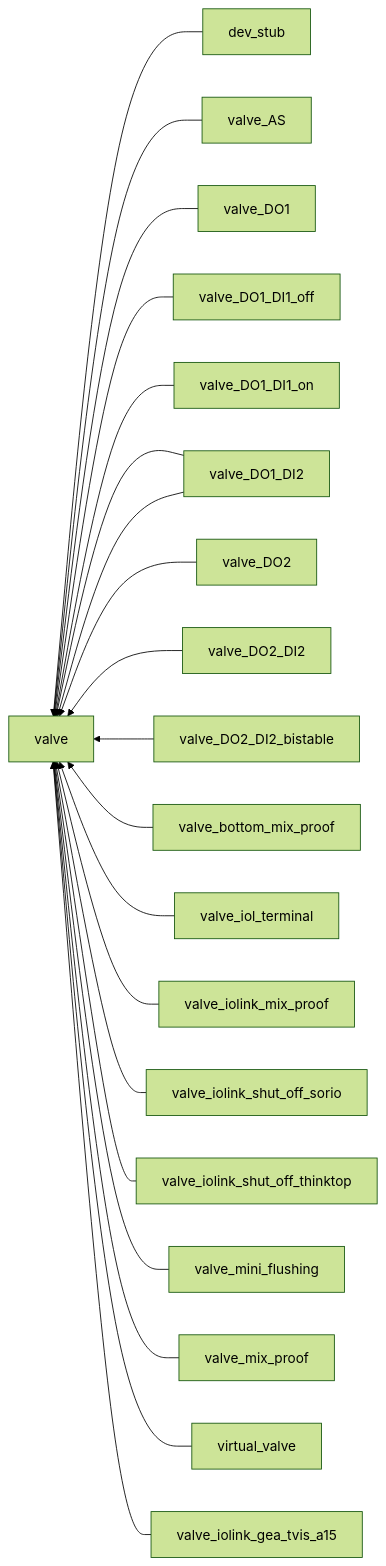
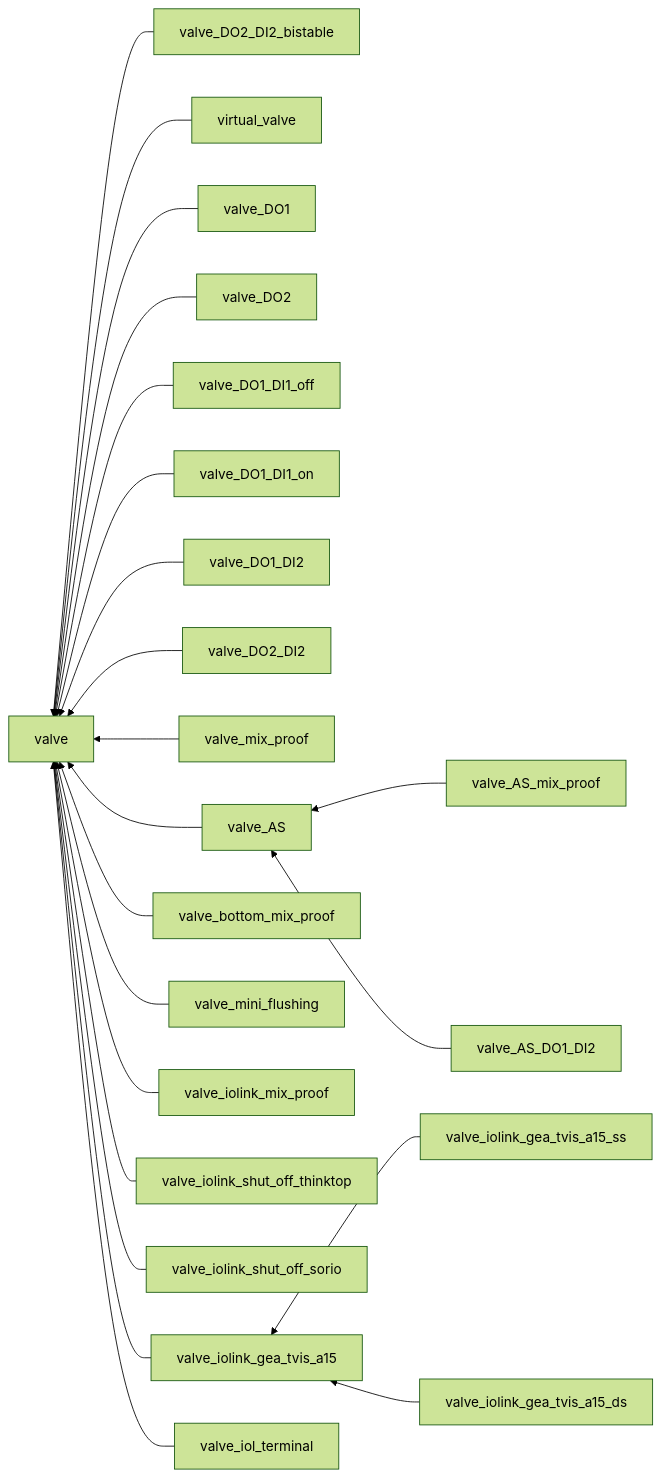
Before and after one commit to savushkin-r-d/ptusa_main: the sixth of 11 diagrams in docs/class_scheme/readme.md, drawn with Mermaid (forest theme). The commit also changed other lines of this file, not shown here.

Commit message:
Final schemas update

````diff
--- a/docs/class_scheme/readme.md
+++ b/docs/class_scheme/readme.md
@@ -65,22 +78,24 @@
 ```mermaid
 flowchart RL
-    dev_stub[dev_stub]-->valve
-    valve_AS[valve_AS]-->valve
-    valve_DO1[valve_DO1]-->valve
-    valve_DO1_DI1_off[valve_DO1_DI1_off]-->valve
-    valve_DO1_DI1_on[valve_DO1_DI1_on]-->valve
-    valve_DO1_DI2[valve_DO1_DI2]-->valve
-    valve_DO1_DI2[valve_DO1_DI2]-->valve
-    valve_DO2[valve_DO2]-->valve
-    valve_DO2_DI2[valve_DO2_DI2]-->valve
-    valve_DO2_DI2_bistable[valve_DO2_DI2_bistable]-->valve
-    valve_bottom_mix_proof[valve_bottom_mix_proof]-->valve
-    valve_iol_terminal[valve_iol_terminal]-->valve
-    valve_iolink_mix_proof[valve_iolink_mix_proof]-->valve
-    valve_iolink_shut_off_sorio[valve_iolink_shut_off_sorio]-->valve
-    valve_iolink_shut_off_thinktop[valve_iolink_shut_off_thinktop]-->valve
-    valve_mini_flushing[valve_mini_flushing]-->valve
-    valve_mix_proof[valve_mix_proof]-->valve
-    virtual_valve[virtual_valve]-->valve
-    valve_iolink_gea_tvis_a15[valve_iolink_gea_tvis_a15]-->valve
+    valve_DO2_DI2_bistable[valve_DO2_DI2_bistable] --> valve[valve]
+    virtual_valve[virtual_valve] --> valve
+    valve_DO1[valve_DO1] --> valve
+    valve_DO2[valve_DO2] --> valve
+    valve_DO1_DI1_off[valve_DO1_DI1_off] --> valve
+    valve_DO1_DI1_on[valve_DO1_DI1_on] --> valve
+    valve_DO1_DI2[valve_DO1_DI2] --> valve
+    valve_DO2_DI2[valve_DO2_DI2] --> valve
+    valve_mix_proof[valve_mix_proof] --> valve
+    valve_AS[valve_AS] --> valve
+    valve_AS_mix_proof[valve_AS_mix_proof] --> valve_AS
+    valve_AS_DO1_DI2[valve_AS_DO1_DI2] --> valve_AS
+    valve_bottom_mix_proof[valve_bottom_mix_proof] --> valve
+    valve_mini_flushing[valve_mini_flushing] --> valve
+    valve_iolink_mix_proof[valve_iolink_mix_proof] --> valve
+    valve_iolink_shut_off_thinktop[valve_iolink_shut_off_thinktop] --> valve
+    valve_iolink_shut_off_sorio[valve_iolink_shut_off_sorio] --> valve
+    valve_iolink_gea_tvis_a15[valve_iolink_gea_tvis_a15] --> valve
+    valve_iolink_gea_tvis_a15_ss[valve_iolink_gea_tvis_a15_ss] --> valve_iolink_gea_tvis_a15
+    valve_iolink_gea_tvis_a15_ds[valve_iolink_gea_tvis_a15_ds] --> valve_iolink_gea_tvis_a15
+    valve_iol_terminal[valve_iol_terminal] --> valve
 ```
````
